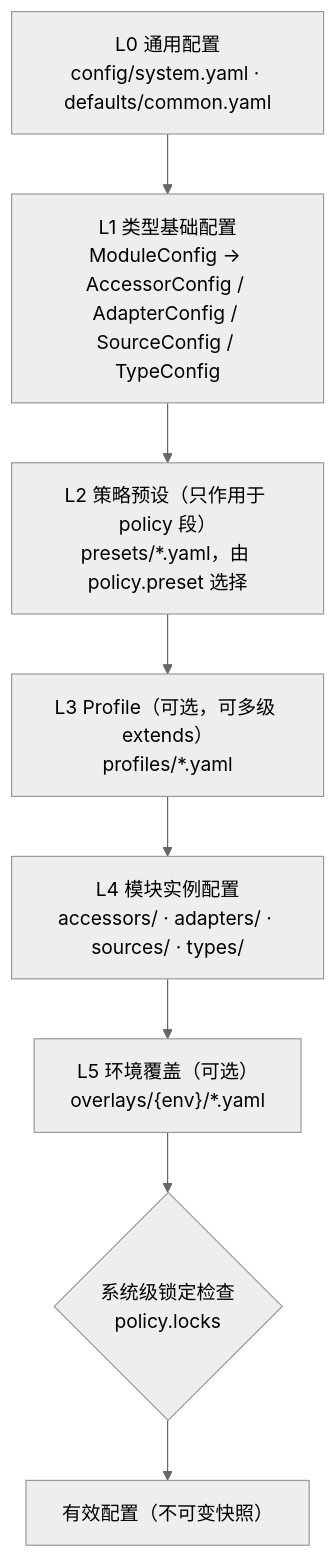
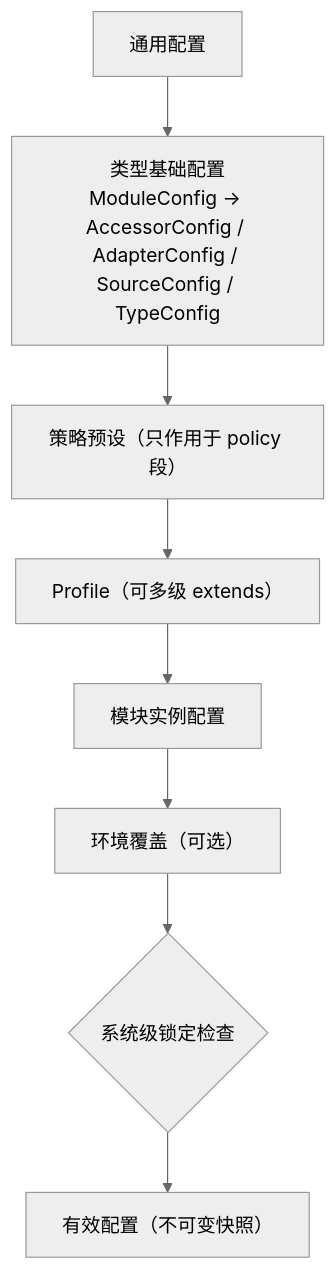
The second of 2 diagrams in docs/ModalPrism-design.md (MistLoom/ModalPrism), drawn with Mermaid (neutral theme) before and after one commit. The commit also changed other lines of this file, not shown here.

````diff
--- a/docs/ModalPrism-design.md
+++ b/docs/ModalPrism-design.md
@@ -1115,10 +766,10 @@
 ```mermaid
 flowchart TB
-  G["L0 通用配置<br/>config/system.yaml · defaults/common.yaml"] --> B
-  B["L1 类型基础配置<br/>ModuleConfig → AccessorConfig / AdapterConfig / SourceConfig / TypeConfig"] --> S
-  S["L2 策略预设（只作用于 policy 段）<br/>presets/*.yaml，由 policy.preset 选择"] --> P
-  P["L3 Profile（可选，可多级 extends）<br/>profiles/*.yaml"] --> M
-  M["L4 模块实例配置<br/>accessors/ · adapters/ · sources/ · types/"] --> O
-  O["L5 环境覆盖（可选）<br/>overlays/{env}/*.yaml"] --> K
-  K{"系统级锁定检查<br/>policy.locks"} --> E["有效配置（不可变快照）"]
+  G["通用配置"] --> B["类型基础配置<br/>ModuleConfig → AccessorConfig / AdapterConfig / SourceConfig / TypeConfig"]
+  B --> S["策略预设（只作用于 policy 段）"]
+  S --> P["Profile（可多级 extends）"]
+  P --> M["模块实例配置"]
+  M --> O["环境覆盖（可选）"]
+  O --> K{"系统级锁定检查"}
+  K --> E["有效配置（不可变快照）"]
 ```
````
